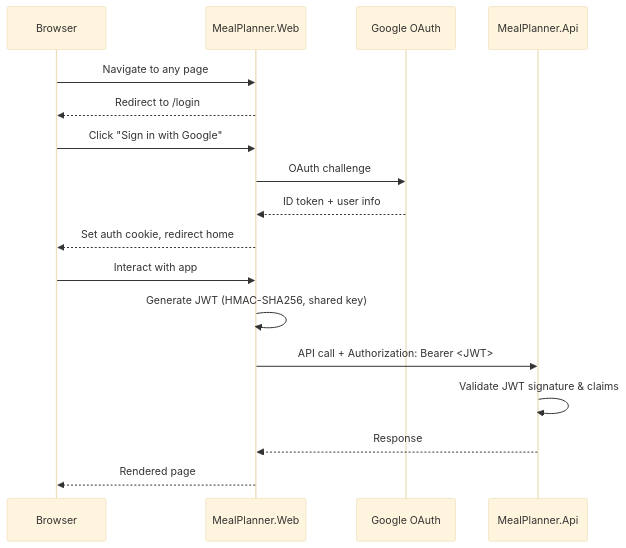
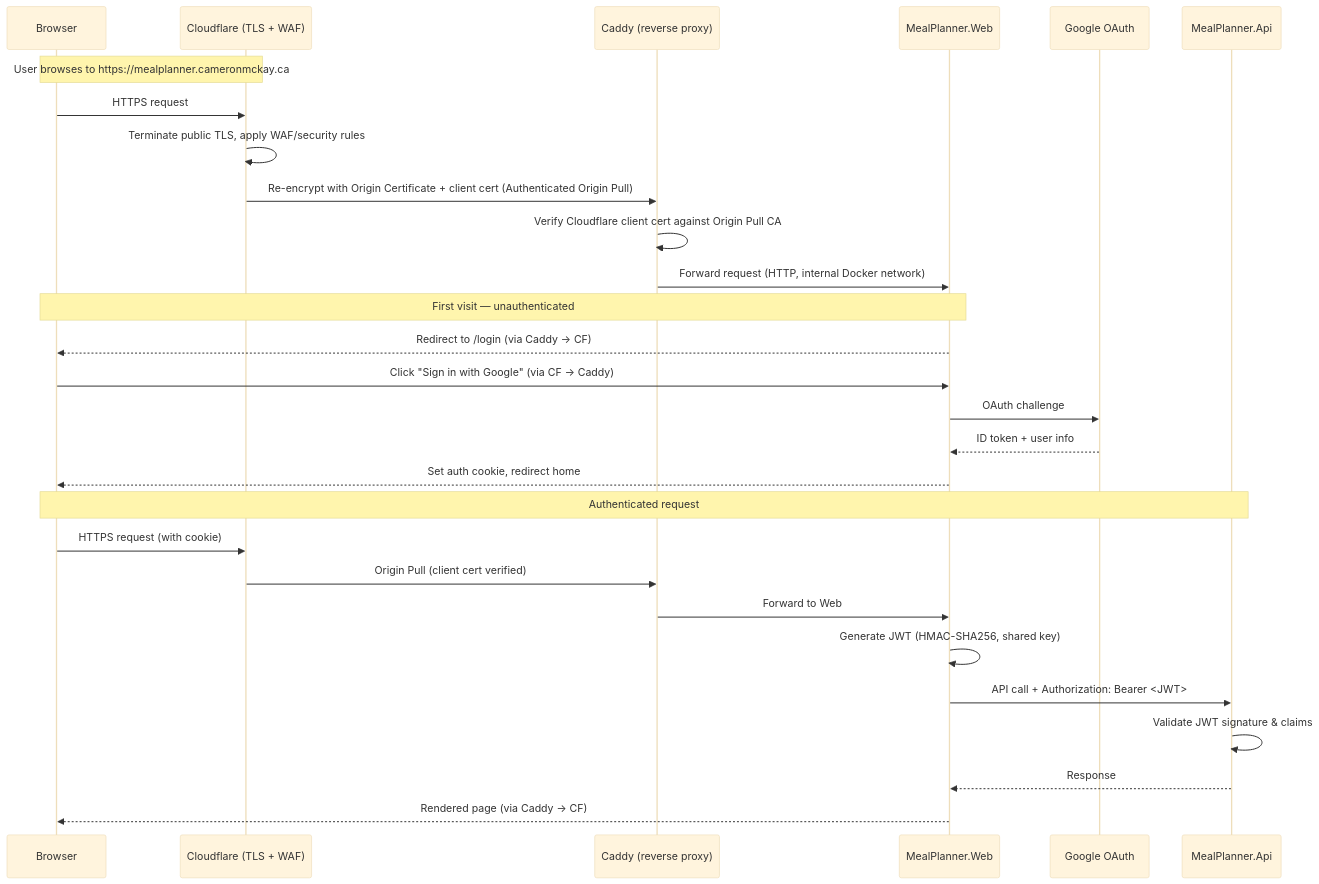
Before and after one commit to cam96/MealPlanner: the fourth of 4 diagrams in specs/architecture.md, drawn with Mermaid (base theme). The commit also changed other lines of this file, not shown here.

Commit message:
docs: add Cloudflare and Caddy to auth sequence diagram
Shows the full request path: Browser → Cloudflare (TLS + WAF) →
Caddy (Authenticated Origin Pull verification) → Web → API.

````diff
--- a/specs/architecture.md
+++ b/specs/architecture.md
@@ -136,21 +136,33 @@
 ```mermaid
 sequenceDiagram
     participant Browser
+    participant CF as Cloudflare (TLS + WAF)
+    participant Caddy as Caddy (reverse proxy)
     participant Web as MealPlanner.Web
     participant Google as Google OAuth
     participant Api as MealPlanner.Api
 
-    Browser->>Web: Navigate to any page
-    Web-->>Browser: Redirect to /login
-    Browser->>Web: Click "Sign in with Google"
+    Note over Browser,CF: User browses to https://mealplanner.cameronmckay.ca
+    Browser->>CF: HTTPS request
+    CF->>CF: Terminate public TLS, apply WAF/security rules
+    CF->>Caddy: Re-encrypt with Origin Certificate + client cert (Authenticated Origin Pull)
+    Caddy->>Caddy: Verify Cloudflare client cert against Origin Pull CA
+    Caddy->>Web: Forward request (HTTP, internal Docker network)
+
+    Note over Browser,Web: First visit — unauthenticated
+    Web-->>Browser: Redirect to /login (via Caddy → CF)
+    Browser->>Web: Click "Sign in with Google" (via CF → Caddy)
     Web->>Google: OAuth challenge
     Google-->>Web: ID token + user info
     Web-->>Browser: Set auth cookie, redirect home
 
-    Browser->>Web: Interact with app
+    Note over Browser,Api: Authenticated request
+    Browser->>CF: HTTPS request (with cookie)
+    CF->>Caddy: Origin Pull (client cert verified)
+    Caddy->>Web: Forward to Web
     Web->>Web: Generate JWT (HMAC-SHA256, shared key)
     Web->>Api: API call + Authorization: Bearer <JWT>
     Api->>Api: Validate JWT signature & claims
     Api-->>Web: Response
-    Web-->>Browser: Rendered page
+    Web-->>Browser: Rendered page (via Caddy → CF)
 ```
````
